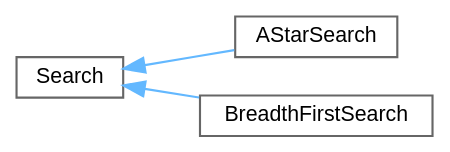
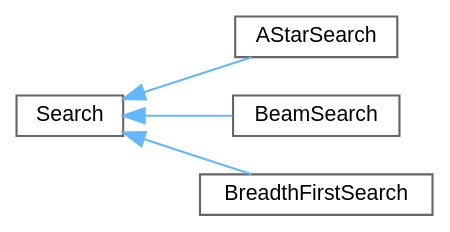
Before and after one commit to velocitatem/Symphony: the diagram in inherit_graph_4.dot, drawn with Graphviz. The commit also changed 197 other files, not shown here.

```diff
--- a/inherit_graph_4.dot
+++ b/inherit_graph_4.dot
@@ -1,14 +1,16 @@
 digraph "Graphical Class Hierarchy"
 {
  // INTERACTIVE_SVG=YES
  // LATEX_PDF_SIZE
   bgcolor="transparent";
   edge [fontname=Helvetica,fontsize=10,labelfontname=Helvetica,labelfontsize=10];
   node [fontname=Helvetica,fontsize=10,shape=box,height=0.2,width=0.4];
   rankdir="LR";
   Node0 [id="Node000000",label="Search",height=0.2,width=0.4,color="grey40", fillcolor="white", style="filled",URL="$classSearch.html",tooltip=" "];
-  Node0 -> Node1 [id="edge1_Node000000_Node000001",dir="back",color="steelblue1",style="solid",tooltip=" "];
+  Node0 -> Node1 [id="edge5_Node000000_Node000001",dir="back",color="steelblue1",style="solid",tooltip=" "];
   Node1 [id="Node000001",label="AStarSearch",height=0.2,width=0.4,color="grey40", fillcolor="white", style="filled",URL="$classAStarSearch.html",tooltip=" "];
-  Node0 -> Node2 [id="edge2_Node000000_Node000002",dir="back",color="steelblue1",style="solid",tooltip=" "];
-  Node2 [id="Node000002",label="BreadthFirstSearch",height=0.2,width=0.4,color="grey40", fillcolor="white", style="filled",URL="$classBreadthFirstSearch.html",tooltip=" "];
+  Node0 -> Node2 [id="edge6_Node000000_Node000002",dir="back",color="steelblue1",style="solid",tooltip=" "];
+  Node2 [id="Node000002",label="BeamSearch",height=0.2,width=0.4,color="grey40", fillcolor="white", style="filled",URL="$classBeamSearch.html",tooltip=" "];
+  Node0 -> Node3 [id="edge7_Node000000_Node000003",dir="back",color="steelblue1",style="solid",tooltip=" "];
+  Node3 [id="Node000003",label="BreadthFirstSearch",height=0.2,width=0.4,color="grey40", fillcolor="white", style="filled",URL="$classBreadthFirstSearch.html",tooltip="Breadth-first search algorithm implementation."];
 }
```
